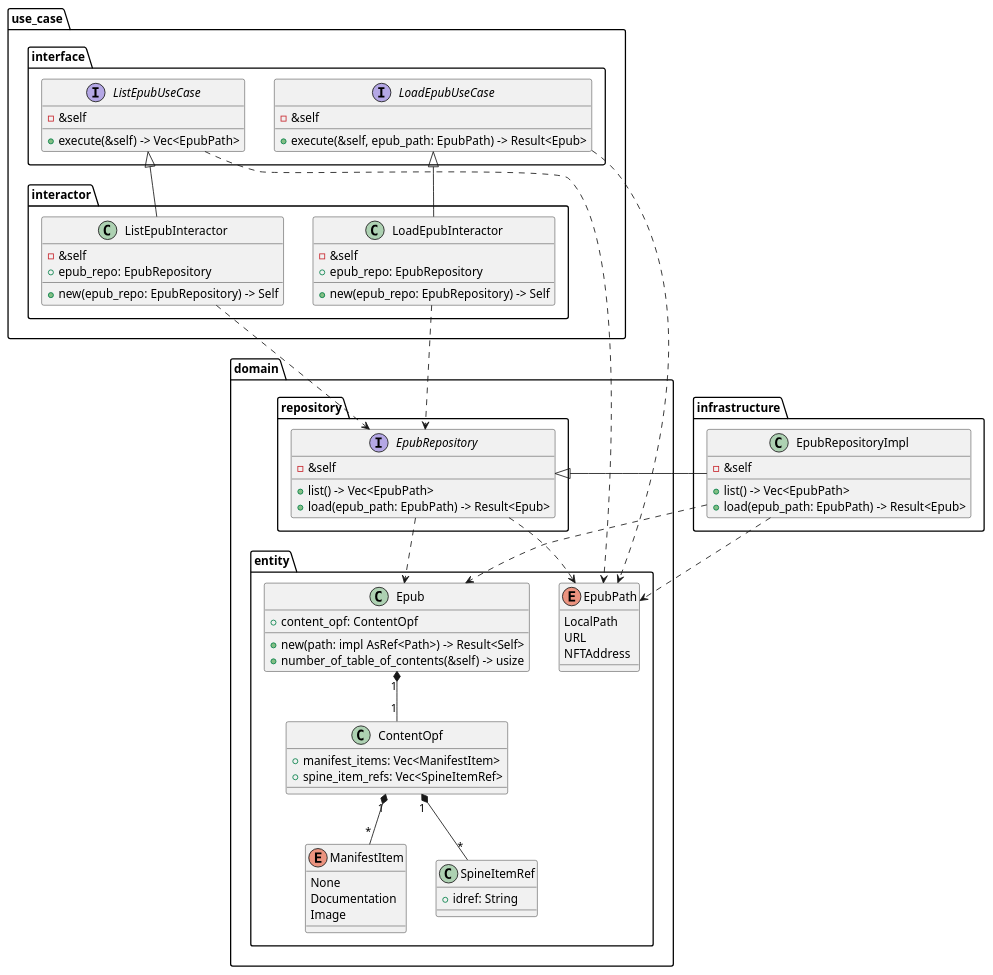
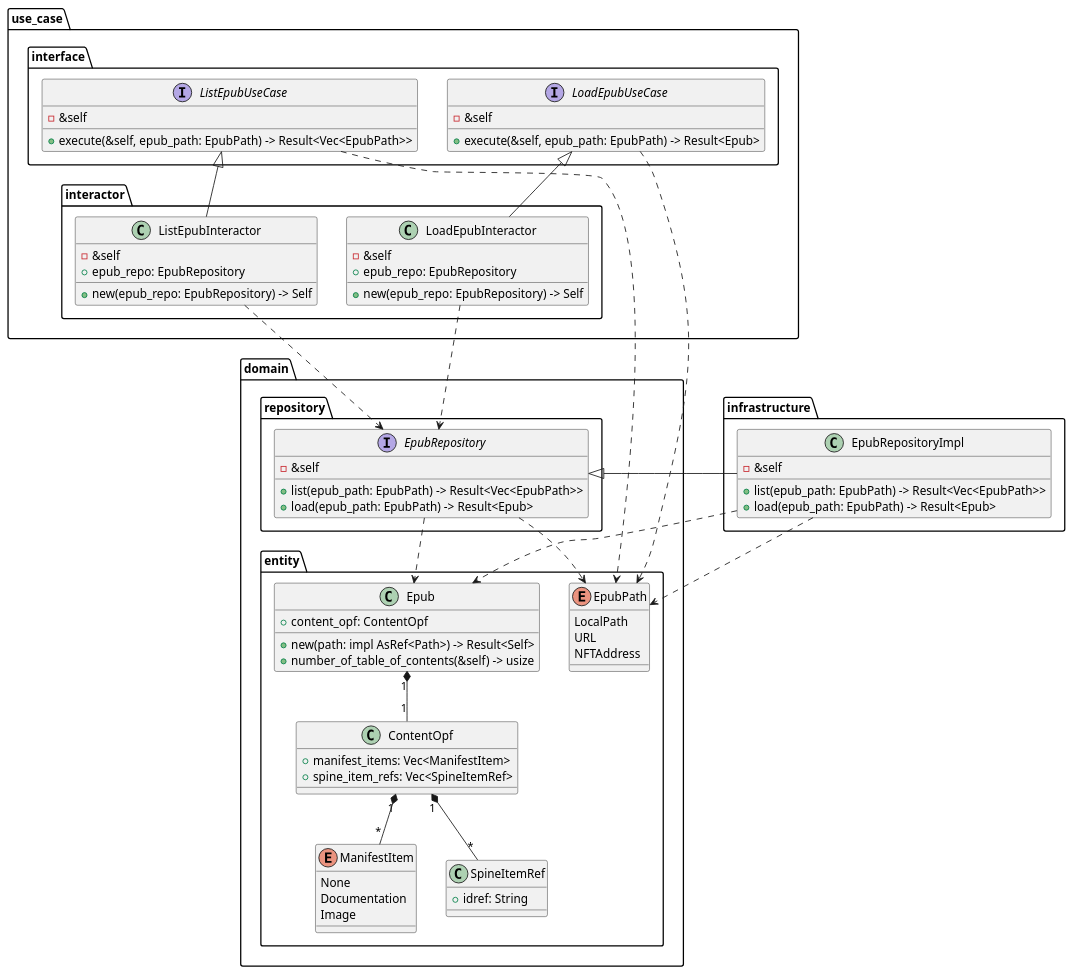
Before and after one commit to t4ai6i/rust_epub: the diagram in docs/architecture.puml, drawn with PlantUML. The commit also changed 16 other files, not shown here.

Commit message:
Implement to list epub path and load epub from epub path

```diff
--- a/docs/architecture.puml
+++ b/docs/architecture.puml
@@ -1,101 +1,101 @@
 @startuml
 'https://plantuml.com/class-diagram
 
 package "use_case" {
     package "interface" {
         interface ListEpubUseCase {
             -&self
-            +execute(&self) -> Vec<EpubPath>
+            +execute(&self, epub_path: EpubPath) -> Result<Vec<EpubPath>>
         }
 
         interface LoadEpubUseCase {
             -&self
             +execute(&self, epub_path: EpubPath) -> Result<Epub>
         }
     }
 
     package "interactor" {
         class ListEpubInteractor {
             -&self
             +epub_repo: EpubRepository
             +new(epub_repo: EpubRepository) -> Self
         }
 
         class LoadEpubInteractor {
             -&self
             +epub_repo: EpubRepository
             +new(epub_repo: EpubRepository) -> Self
         }
     }
 
     ListEpubUseCase <|-- ListEpubInteractor
 
     LoadEpubUseCase <|-- LoadEpubInteractor
 }
 
 package "infrastructure" {
     class EpubRepositoryImpl {
         -&self
-        +list() -> Vec<EpubPath>
+        +list(epub_path: EpubPath) -> Result<Vec<EpubPath>>
         +load(epub_path: EpubPath) -> Result<Epub>
     }
 }
 
 package "domain" {
     package "repository" {
 
         interface EpubRepository {
             -&self
-            +list() -> Vec<EpubPath>
+            +list(epub_path: EpubPath) -> Result<Vec<EpubPath>>
             +load(epub_path: EpubPath) -> Result<Epub>
         }
 
         ListEpubInteractor ..> EpubRepository
         LoadEpubInteractor ..> EpubRepository
 
         EpubRepository <|-- EpubRepositoryImpl
     }
 
     package "entity" {
         enum EpubPath {
             LocalPath
             URL
             NFTAddress
         }
 
         class Epub {
             +new(path: impl AsRef<Path>) -> Result<Self>
             +number_of_table_of_contents(&self) -> usize
             +content_opf: ContentOpf
         }
 
         class ContentOpf {
             +manifest_items: Vec<ManifestItem>
             +spine_item_refs: Vec<SpineItemRef>
         }
 
         enum ManifestItem {
             None
             Documentation
             Image
         }
 
         class SpineItemRef {
             +idref: String
         }
 
         EpubRepository ..> Epub
         EpubRepository ..> EpubPath
         EpubRepositoryImpl ..> Epub
         EpubRepositoryImpl ..> EpubPath
 
         ListEpubUseCase ..> EpubPath
         LoadEpubUseCase ..> EpubPath
 
         Epub "1" *-- "1" ContentOpf
         ContentOpf "1" *-- "*" ManifestItem
         ContentOpf "1" *-- "*" SpineItemRef
     }
 }
 
 @enduml
```
